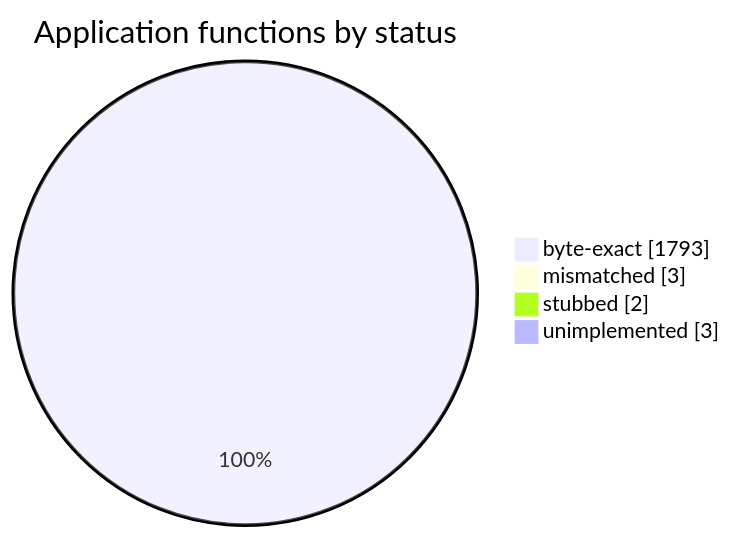
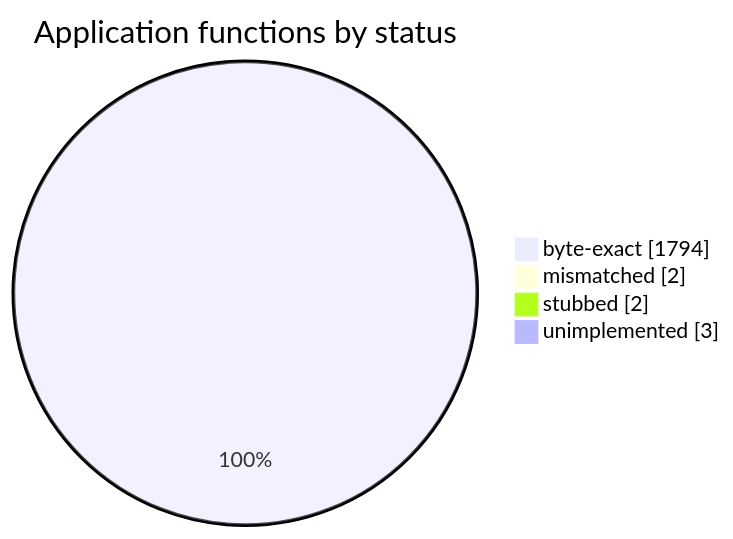
One commit to sorokya/eos changed the diagram in README.md. Above: the diagram before and after it, drawn with Mermaid. The commit also changed other lines of this file and 4 other files, not shown here.

Commit message:
Player_HandlePacket byte-exact: unsigned product defeats the in-place fold; sheet 1793->1794 rows, 422389->649213 bytes (97.2%)

````diff
--- a/README.md
+++ b/README.md
@@ -154,8 +154,8 @@
 ```mermaid
 pie showData
     title Application functions by status
-    "byte-exact" : 1793
-    "mismatched" : 3
+    "byte-exact" : 1794
+    "mismatched" : 2
     "stubbed" : 2
     "unimplemented" : 3
 ```
````
